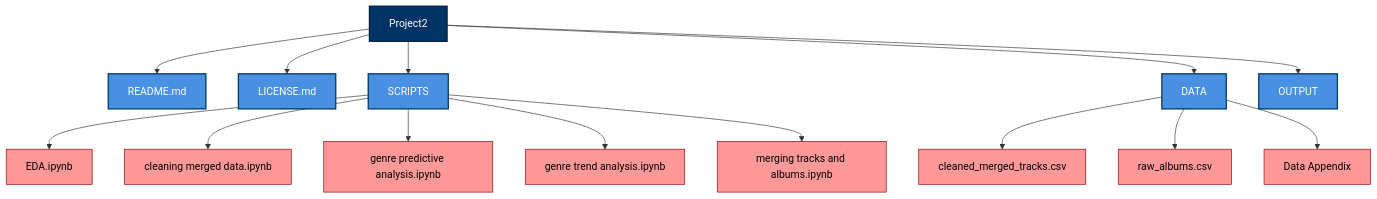
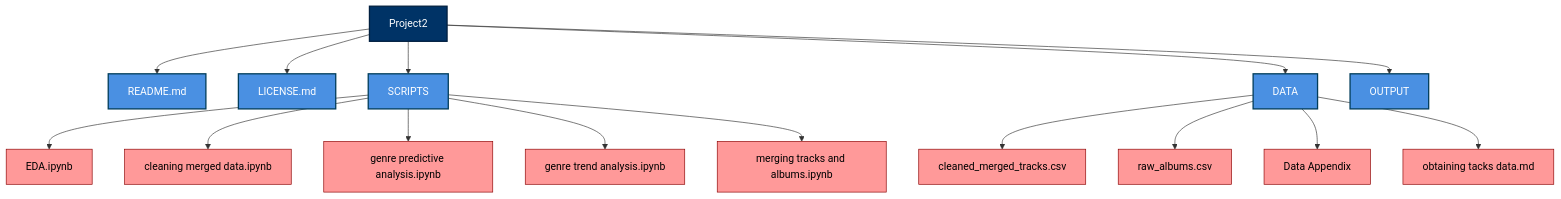
The diagram in README.md (lilythomson13/Project2), drawn with Mermaid before and after one commit. The commit also changed other lines of this file, not shown here.

````diff
--- a/README.md
+++ b/README.md
@@ -24,51 +24,54 @@
 ```mermaid
 graph TB
   A[Project2]
   A1[README.md]
   A2[LICENSE.md]
   B[SCRIPTS]
   B1[EDA.ipynb]
   B2[cleaning merged data.ipynb]
   B3[genre predictive analysis.ipynb]
   B4[genre trend analysis.ipynb]
   B5[merging tracks and albums.ipynb]
   C[DATA]
   C1[cleaned_merged_tracks.csv]
   C2[raw_albums.csv]
+  C4[obtaining tacks data.md]
   C3[Data Appendix]
   D[OUTPUT]
 
   A --> A1
   A --> A2
   A --> B
   B --> B1
   B --> B2
   B --> B3
   B --> B4
   B --> B5
   A --> C
   C --> C1
   C --> C2
   C --> C3
+  C --> C4
   A --> D
 
   %% Styling for main project folder (Dark Blue)
   style A fill:#003366,stroke:#001f3f,stroke-width:2px,color:white;
 
   %% Styling for main categories (Light Blue)
   style A1 fill:#4a90e2,stroke:#003d5b,stroke-width:2px,color:white;
   style A2 fill:#4a90e2,stroke:#003d5b,stroke-width:2px,color:white;
   style B fill:#4a90e2,stroke:#003d5b,stroke-width:2px,color:white;
   style C fill:#4a90e2,stroke:#003d5b,stroke-width:2px,color:white;
   style D fill:#4a90e2,stroke:#003d5b,stroke-width:2px,color:white;
 
   %% Styling for subsets (Light Red)
   style B1 fill:#ff9999,stroke:#8b0000,stroke-width:1px,color:black;
   style B2 fill:#ff9999,stroke:#8b0000,stroke-width:1px,color:black;
   style B3 fill:#ff9999,stroke:#8b0000,stroke-width:1px,color:black;
   style B4 fill:#ff9999,stroke:#8b0000,stroke-width:1px,color:black;
   style B5 fill:#ff9999,stroke:#8b0000,stroke-width:1px,color:black;
   style C1 fill:#ff9999,stroke:#8b0000,stroke-width:1px,color:black;
   style C2 fill:#ff9999,stroke:#8b0000,stroke-width:1px,color:black;
   style C3 fill:#ff9999,stroke:#8b0000,stroke-width:1px,color:black;
+  style C4 fill:#ff9999,stroke:#8b0000,stroke-width:1px,color:black;
 ```
````
